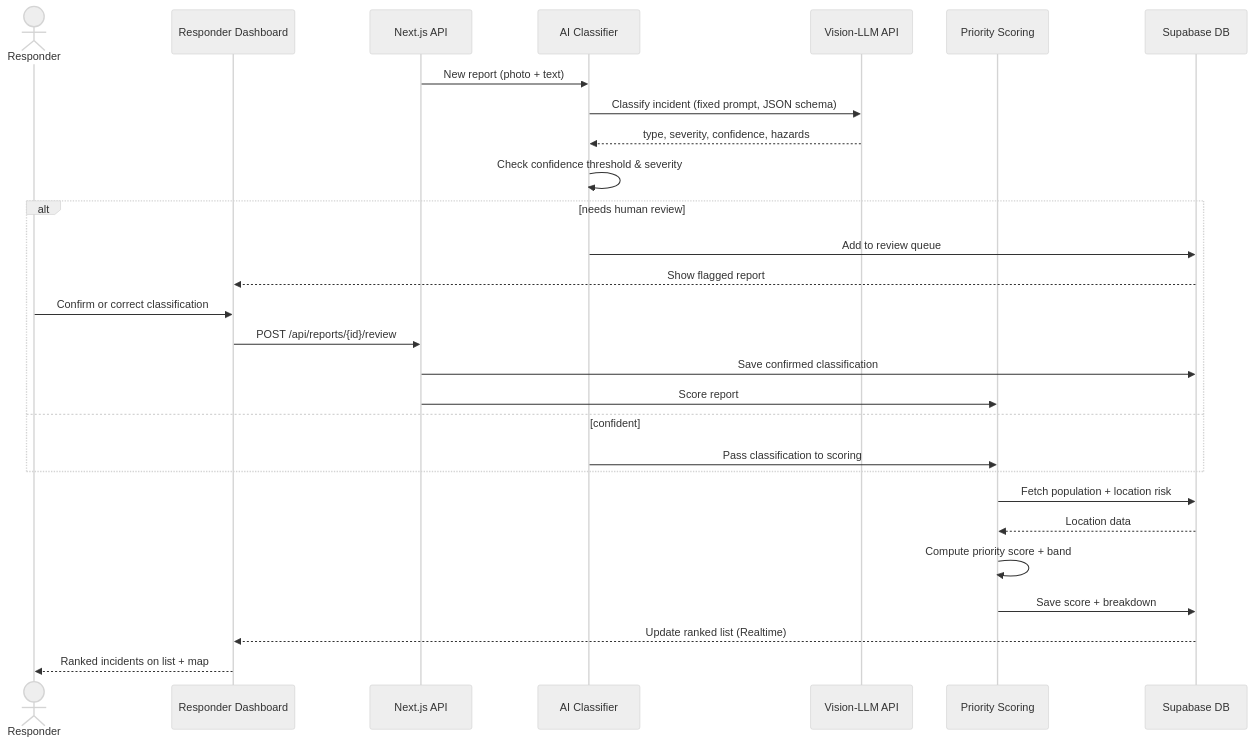
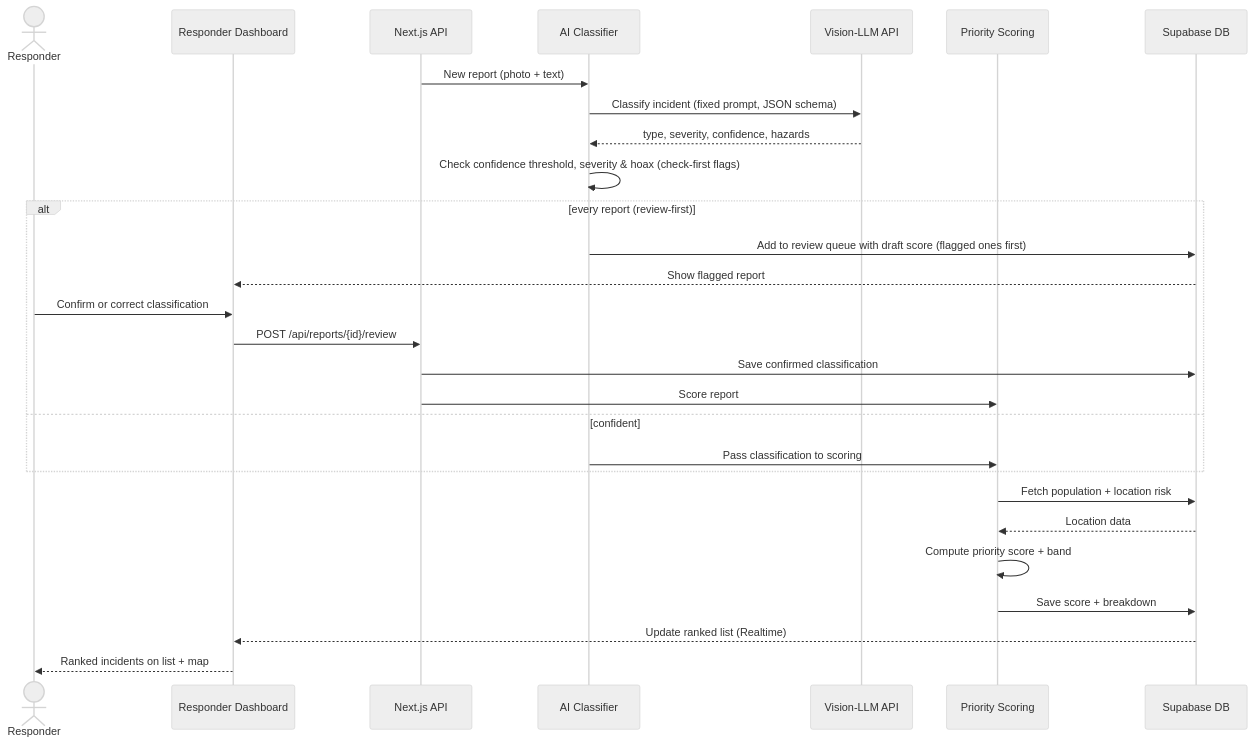
One commit to helidastar/SAGIP-AI changed the fifth of 8 diagrams in docs/DOCUMENTATION.md. Above: the diagram before and after it, drawn with Mermaid (neutral theme). The commit also changed other lines of this file and 13 other files, not shown here.

Commit message:
feat(review): every report goes to a person first with an AI draft and draft priority score

````diff
--- a/docs/DOCUMENTATION.md
+++ b/docs/DOCUMENTATION.md
@@ -361,31 +376,31 @@
 ```mermaid
 sequenceDiagram
     actor Responder
     participant RD as Responder Dashboard
     participant API as Next.js API
     participant AI as AI Classifier
     participant LLM as Vision-LLM API
     participant PS as Priority Scoring
     participant DB as Supabase DB
 
     API->>AI: New report (photo + text)
     AI->>LLM: Classify incident (fixed prompt, JSON schema)
     LLM-->>AI: type, severity, confidence, hazards
-    AI->>AI: Check confidence threshold & severity
-    alt needs human review
-        AI->>DB: Add to review queue
+    AI->>AI: Check confidence threshold, severity & hoax (check-first flags)
+    alt every report (review-first)
+        AI->>DB: Add to review queue with draft score (flagged ones first)
         DB-->>RD: Show flagged report
         Responder->>RD: Confirm or correct classification
         RD->>API: POST /api/reports/{id}/review
         API->>DB: Save confirmed classification
         API->>PS: Score report
     else confident
         AI->>PS: Pass classification to scoring
     end
     PS->>DB: Fetch population + location risk
     DB-->>PS: Location data
     PS->>PS: Compute priority score + band
     PS->>DB: Save score + breakdown
     DB-->>RD: Update ranked list (Realtime)
     RD-->>Responder: Ranked incidents on list + map
 ```
````
